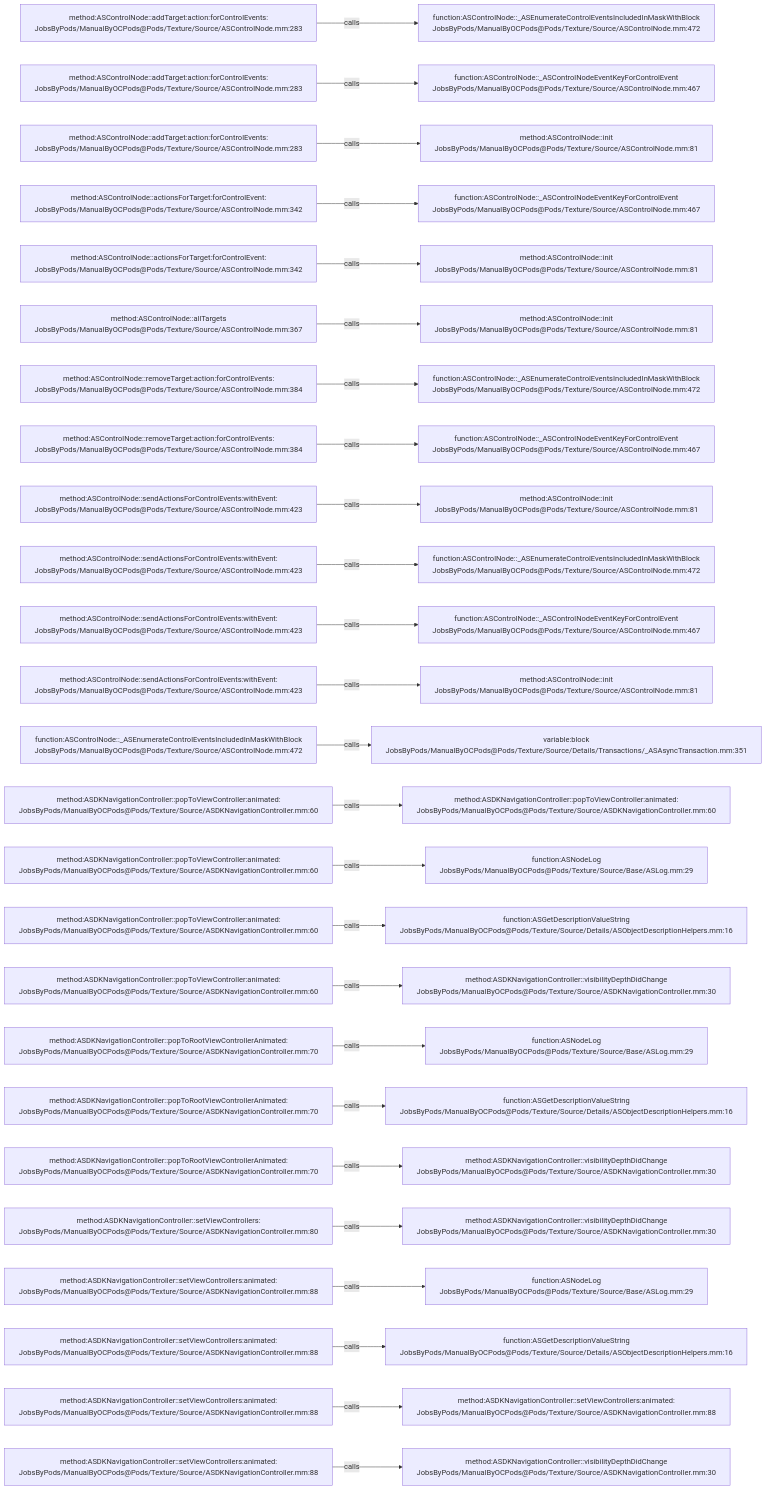
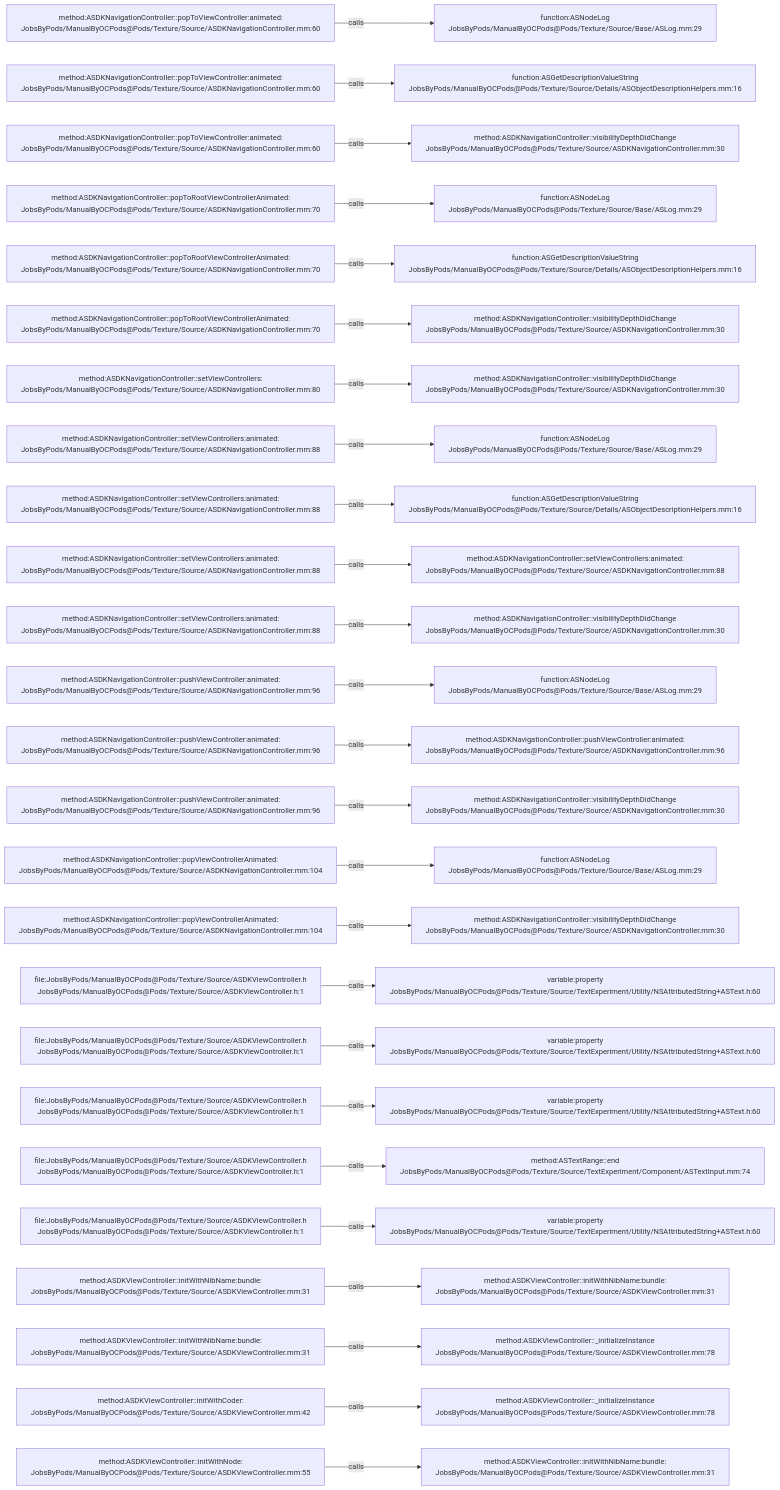
Before and after one commit to JobsKits/JobsOCBaseConfigDemo: the diagram in .codegraph/codegraph.md/graphs/calls-089.md, drawn with Mermaid. The commit also changed 296 other files, not shown here.

````diff
--- a/.codegraph/codegraph.md/graphs/calls-089.md
+++ b/.codegraph/codegraph.md/graphs/calls-089.md
@@ -13,78 +13,78 @@
 ```mermaid
 flowchart LR
-  S1["method:ASControlNode::addTarget:action:forControlEvents:<br/>JobsByPods/ManualByOCPods@Pods/Texture/Source/ASControlNode.mm:283"]
-  T1["function:ASControlNode::_ASEnumerateControlEventsIncludedInMaskWithBlock<br/>JobsByPods/ManualByOCPods@Pods/Texture/Source/ASControlNode.mm:472"]
+  S1["method:ASDKNavigationController::popToViewController:animated:<br/>JobsByPods/ManualByOCPods@Pods/Texture/Source/ASDKNavigationController.mm:60"]
+  T1["function:ASNodeLog<br/>JobsByPods/ManualByOCPods@Pods/Texture/Source/Base/ASLog.mm:29"]
   S1 -->|calls| T1
-  S2["method:ASControlNode::addTarget:action:forControlEvents:<br/>JobsByPods/ManualByOCPods@Pods/Texture/Source/ASControlNode.mm:283"]
-  T2["function:ASControlNode::_ASControlNodeEventKeyForControlEvent<br/>JobsByPods/ManualByOCPods@Pods/Texture/Source/ASControlNode.mm:467"]
+  S2["method:ASDKNavigationController::popToViewController:animated:<br/>JobsByPods/ManualByOCPods@Pods/Texture/Source/ASDKNavigationController.mm:60"]
+  T2["function:ASGetDescriptionValueString<br/>JobsByPods/ManualByOCPods@Pods/Texture/Source/Details/ASObjectDescriptionHelpers.mm:16"]
   S2 -->|calls| T2
-  S3["method:ASControlNode::addTarget:action:forControlEvents:<br/>JobsByPods/ManualByOCPods@Pods/Texture/Source/ASControlNode.mm:283"]
-  T3["method:ASControlNode::init<br/>JobsByPods/ManualByOCPods@Pods/Texture/Source/ASControlNode.mm:81"]
+  S3["method:ASDKNavigationController::popToViewController:animated:<br/>JobsByPods/ManualByOCPods@Pods/Texture/Source/ASDKNavigationController.mm:60"]
+  T3["method:ASDKNavigationController::visibilityDepthDidChange<br/>JobsByPods/ManualByOCPods@Pods/Texture/Source/ASDKNavigationController.mm:30"]
   S3 -->|calls| T3
-  S4["method:ASControlNode::actionsForTarget:forControlEvent:<br/>JobsByPods/ManualByOCPods@Pods/Texture/Source/ASControlNode.mm:342"]
-  T4["function:ASControlNode::_ASControlNodeEventKeyForControlEvent<br/>JobsByPods/ManualByOCPods@Pods/Texture/Source/ASControlNode.mm:467"]
+  S4["method:ASDKNavigationController::popToRootViewControllerAnimated:<br/>JobsByPods/ManualByOCPods@Pods/Texture/Source/ASDKNavigationController.mm:70"]
+  T4["function:ASNodeLog<br/>JobsByPods/ManualByOCPods@Pods/Texture/Source/Base/ASLog.mm:29"]
   S4 -->|calls| T4
-  S5["method:ASControlNode::actionsForTarget:forControlEvent:<br/>JobsByPods/ManualByOCPods@Pods/Texture/Source/ASControlNode.mm:342"]
-  T5["method:ASControlNode::init<br/>JobsByPods/ManualByOCPods@Pods/Texture/Source/ASControlNode.mm:81"]
+  S5["method:ASDKNavigationController::popToRootViewControllerAnimated:<br/>JobsByPods/ManualByOCPods@Pods/Texture/Source/ASDKNavigationController.mm:70"]
+  T5["function:ASGetDescriptionValueString<br/>JobsByPods/ManualByOCPods@Pods/Texture/Source/Details/ASObjectDescriptionHelpers.mm:16"]
   S5 -->|calls| T5
-  S6["method:ASControlNode::allTargets<br/>JobsByPods/ManualByOCPods@Pods/Texture/Source/ASControlNode.mm:367"]
-  T6["method:ASControlNode::init<br/>JobsByPods/ManualByOCPods@Pods/Texture/Source/ASControlNode.mm:81"]
+  S6["method:ASDKNavigationController::popToRootViewControllerAnimated:<br/>JobsByPods/ManualByOCPods@Pods/Texture/Source/ASDKNavigationController.mm:70"]
+  T6["method:ASDKNavigationController::visibilityDepthDidChange<br/>JobsByPods/ManualByOCPods@Pods/Texture/Source/ASDKNavigationController.mm:30"]
   S6 -->|calls| T6
-  S7["method:ASControlNode::removeTarget:action:forControlEvents:<br/>JobsByPods/ManualByOCPods@Pods/Texture/Source/ASControlNode.mm:384"]
-  T7["function:ASControlNode::_ASEnumerateControlEventsIncludedInMaskWithBlock<br/>JobsByPods/ManualByOCPods@Pods/Texture/Source/ASControlNode.mm:472"]
+  S7["method:ASDKNavigationController::setViewControllers:<br/>JobsByPods/ManualByOCPods@Pods/Texture/Source/ASDKNavigationController.mm:80"]
+  T7["method:ASDKNavigationController::visibilityDepthDidChange<br/>JobsByPods/ManualByOCPods@Pods/Texture/Source/ASDKNavigationController.mm:30"]
   S7 -->|calls| T7
-  S8["method:ASControlNode::removeTarget:action:forControlEvents:<br/>JobsByPods/ManualByOCPods@Pods/Texture/Source/ASControlNode.mm:384"]
-  T8["function:ASControlNode::_ASControlNodeEventKeyForControlEvent<br/>JobsByPods/ManualByOCPods@Pods/Texture/Source/ASControlNode.mm:467"]
+  S8["method:ASDKNavigationController::setViewControllers:animated:<br/>JobsByPods/ManualByOCPods@Pods/Texture/Source/ASDKNavigationController.mm:88"]
+  T8["function:ASNodeLog<br/>JobsByPods/ManualByOCPods@Pods/Texture/Source/Base/ASLog.mm:29"]
   S8 -->|calls| T8
-  S9["method:ASControlNode::sendActionsForControlEvents:withEvent:<br/>JobsByPods/ManualByOCPods@Pods/Texture/Source/ASControlNode.mm:423"]
-  T9["method:ASControlNode::init<br/>JobsByPods/ManualByOCPods@Pods/Texture/Source/ASControlNode.mm:81"]
+  S9["method:ASDKNavigationController::setViewControllers:animated:<br/>JobsByPods/ManualByOCPods@Pods/Texture/Source/ASDKNavigationController.mm:88"]
+  T9["function:ASGetDescriptionValueString<br/>JobsByPods/ManualByOCPods@Pods/Texture/Source/Details/ASObjectDescriptionHelpers.mm:16"]
   S9 -->|calls| T9
-  S10["method:ASControlNode::sendActionsForControlEvents:withEvent:<br/>JobsByPods/ManualByOCPods@Pods/Texture/Source/ASControlNode.mm:423"]
-  T10["function:ASControlNode::_ASEnumerateControlEventsIncludedInMaskWithBlock<br/>JobsByPods/ManualByOCPods@Pods/Texture/Source/ASControlNode.mm:472"]
+  S10["method:ASDKNavigationController::setViewControllers:animated:<br/>JobsByPods/ManualByOCPods@Pods/Texture/Source/ASDKNavigationController.mm:88"]
+  T10["method:ASDKNavigationController::setViewControllers:animated:<br/>JobsByPods/ManualByOCPods@Pods/Texture/Source/ASDKNavigationController.mm:88"]
   S10 -->|calls| T10
-  S11["method:ASControlNode::sendActionsForControlEvents:withEvent:<br/>JobsByPods/ManualByOCPods@Pods/Texture/Source/ASControlNode.mm:423"]
-  T11["function:ASControlNode::_ASControlNodeEventKeyForControlEvent<br/>JobsByPods/ManualByOCPods@Pods/Texture/Source/ASControlNode.mm:467"]
+  S11["method:ASDKNavigationController::setViewControllers:animated:<br/>JobsByPods/ManualByOCPods@Pods/Texture/Source/ASDKNavigationController.mm:88"]
+  T11["method:ASDKNavigationController::visibilityDepthDidChange<br/>JobsByPods/ManualByOCPods@Pods/Texture/Source/ASDKNavigationController.mm:30"]
   S11 -->|calls| T11
-  S12["method:ASControlNode::sendActionsForControlEvents:withEvent:<br/>JobsByPods/ManualByOCPods@Pods/Texture/Source/ASControlNode.mm:423"]
-  T12["method:ASControlNode::init<br/>JobsByPods/ManualByOCPods@Pods/Texture/Source/ASControlNode.mm:81"]
+  S12["method:ASDKNavigationController::pushViewController:animated:<br/>JobsByPods/ManualByOCPods@Pods/Texture/Source/ASDKNavigationController.mm:96"]
+  T12["function:ASNodeLog<br/>JobsByPods/ManualByOCPods@Pods/Texture/Source/Base/ASLog.mm:29"]
   S12 -->|calls| T12
-  S13["function:ASControlNode::_ASEnumerateControlEventsIncludedInMaskWithBlock<br/>JobsByPods/ManualByOCPods@Pods/Texture/Source/ASControlNode.mm:472"]
-  T13["variable:block<br/>JobsByPods/ManualByOCPods@Pods/Texture/Source/Details/Transactions/_ASAsyncTransaction.mm:351"]
+  S13["method:ASDKNavigationController::pushViewController:animated:<br/>JobsByPods/ManualByOCPods@Pods/Texture/Source/ASDKNavigationController.mm:96"]
+  T13["method:ASDKNavigationController::pushViewController:animated:<br/>JobsByPods/ManualByOCPods@Pods/Texture/Source/ASDKNavigationController.mm:96"]
   S13 -->|calls| T13
-  S14["method:ASDKNavigationController::popToViewController:animated:<br/>JobsByPods/ManualByOCPods@Pods/Texture/Source/ASDKNavigationController.mm:60"]
-  T14["method:ASDKNavigationController::popToViewController:animated:<br/>JobsByPods/ManualByOCPods@Pods/Texture/Source/ASDKNavigationController.mm:60"]
+  S14["method:ASDKNavigationController::pushViewController:animated:<br/>JobsByPods/ManualByOCPods@Pods/Texture/Source/ASDKNavigationController.mm:96"]
+  T14["method:ASDKNavigationController::visibilityDepthDidChange<br/>JobsByPods/ManualByOCPods@Pods/Texture/Source/ASDKNavigationController.mm:30"]
   S14 -->|calls| T14
-  S15["method:ASDKNavigationController::popToViewController:animated:<br/>JobsByPods/ManualByOCPods@Pods/Texture/Source/ASDKNavigationController.mm:60"]
+  S15["method:ASDKNavigationController::popViewControllerAnimated:<br/>JobsByPods/ManualByOCPods@Pods/Texture/Source/ASDKNavigationController.mm:104"]
   T15["function:ASNodeLog<br/>JobsByPods/ManualByOCPods@Pods/Texture/Source/Base/ASLog.mm:29"]
   S15 -->|calls| T15
-  S16["method:ASDKNavigationController::popToViewController:animated:<br/>JobsByPods/ManualByOCPods@Pods/Texture/Source/ASDKNavigationController.mm:60"]
-  T16["function:ASGetDescriptionValueString<br/>JobsByPods/ManualByOCPods@Pods/Texture/Source/Details/ASObjectDescriptionHelpers.mm:16"]
+  S16["method:ASDKNavigationController::popViewControllerAnimated:<br/>JobsByPods/ManualByOCPods@Pods/Texture/Source/ASDKNavigationController.mm:104"]
+  T16["method:ASDKNavigationController::visibilityDepthDidChange<br/>JobsByPods/ManualByOCPods@Pods/Texture/Source/ASDKNavigationController.mm:30"]
   S16 -->|calls| T16
-  S17["method:ASDKNavigationController::popToViewController:animated:<br/>JobsByPods/ManualByOCPods@Pods/Texture/Source/ASDKNavigationController.mm:60"]
-  T17["method:ASDKNavigationController::visibilityDepthDidChange<br/>JobsByPods/ManualByOCPods@Pods/Texture/Source/ASDKNavigationController.mm:30"]
+  S17["file:JobsByPods/ManualByOCPods@Pods/Texture/Source/ASDKViewController.h<br/>JobsByPods/ManualByOCPods@Pods/Texture/Source/ASDKViewController.h:1"]
+  T17["variable:property<br/>JobsByPods/ManualByOCPods@Pods/Texture/Source/TextExperiment/Utility/NSAttributedString+ASText.h:60"]
   S17 -->|calls| T17
-  S18["method:ASDKNavigationController::popToRootViewControllerAnimated:<br/>JobsByPods/ManualByOCPods@Pods/Texture/Source/ASDKNavigationController.mm:70"]
-  T18["function:ASNodeLog<br/>JobsByPods/ManualByOCPods@Pods/Texture/Source/Base/ASLog.mm:29"]
+  S18["file:JobsByPods/ManualByOCPods@Pods/Texture/Source/ASDKViewController.h<br/>JobsByPods/ManualByOCPods@Pods/Texture/Source/ASDKViewController.h:1"]
+  T18["variable:property<br/>JobsByPods/ManualByOCPods@Pods/Texture/Source/TextExperiment/Utility/NSAttributedString+ASText.h:60"]
   S18 -->|calls| T18
-  S19["method:ASDKNavigationController::popToRootViewControllerAnimated:<br/>JobsByPods/ManualByOCPods@Pods/Texture/Source/ASDKNavigationController.mm:70"]
-  T19["function:ASGetDescriptionValueString<br/>JobsByPods/ManualByOCPods@Pods/Texture/Source/Details/ASObjectDescriptionHelpers.mm:16"]
+  S19["file:JobsByPods/ManualByOCPods@Pods/Texture/Source/ASDKViewController.h<br/>JobsByPods/ManualByOCPods@Pods/Texture/Source/ASDKViewController.h:1"]
+  T19["variable:property<br/>JobsByPods/ManualByOCPods@Pods/Texture/Source/TextExperiment/Utility/NSAttributedString+ASText.h:60"]
   S19 -->|calls| T19
-  S20["method:ASDKNavigationController::popToRootViewControllerAnimated:<br/>JobsByPods/ManualByOCPods@Pods/Texture/Source/ASDKNavigationController.mm:70"]
-  T20["method:ASDKNavigationController::visibilityDepthDidChange<br/>JobsByPods/ManualByOCPods@Pods/Texture/Source/ASDKNavigationController.mm:30"]
+  S20["file:JobsByPods/ManualByOCPods@Pods/Texture/Source/ASDKViewController.h<br/>JobsByPods/ManualByOCPods@Pods/Texture/Source/ASDKViewController.h:1"]
+  T20["method:ASTextRange::end<br/>JobsByPods/ManualByOCPods@Pods/Texture/Source/TextExperiment/Component/ASTextInput.mm:74"]
   S20 -->|calls| T20
-  S21["method:ASDKNavigationController::setViewControllers:<br/>JobsByPods/ManualByOCPods@Pods/Texture/Source/ASDKNavigationController.mm:80"]
-  T21["method:ASDKNavigationController::visibilityDepthDidChange<br/>JobsByPods/ManualByOCPods@Pods/Texture/Source/ASDKNavigationController.mm:30"]
+  S21["file:JobsByPods/ManualByOCPods@Pods/Texture/Source/ASDKViewController.h<br/>JobsByPods/ManualByOCPods@Pods/Texture/Source/ASDKViewController.h:1"]
+  T21["variable:property<br/>JobsByPods/ManualByOCPods@Pods/Texture/Source/TextExperiment/Utility/NSAttributedString+ASText.h:60"]
   S21 -->|calls| T21
-  S22["method:ASDKNavigationController::setViewControllers:animated:<br/>JobsByPods/ManualByOCPods@Pods/Texture/Source/ASDKNavigationController.mm:88"]
-  T22["function:ASNodeLog<br/>JobsByPods/ManualByOCPods@Pods/Texture/Source/Base/ASLog.mm:29"]
+  S22["method:ASDKViewController::initWithNibName:bundle:<br/>JobsByPods/ManualByOCPods@Pods/Texture/Source/ASDKViewController.mm:31"]
+  T22["method:ASDKViewController::initWithNibName:bundle:<br/>JobsByPods/ManualByOCPods@Pods/Texture/Source/ASDKViewController.mm:31"]
   S22 -->|calls| T22
-  S23["method:ASDKNavigationController::setViewControllers:animated:<br/>JobsByPods/ManualByOCPods@Pods/Texture/Source/ASDKNavigationController.mm:88"]
-  T23["function:ASGetDescriptionValueString<br/>JobsByPods/ManualByOCPods@Pods/Texture/Source/Details/ASObjectDescriptionHelpers.mm:16"]
+  S23["method:ASDKViewController::initWithNibName:bundle:<br/>JobsByPods/ManualByOCPods@Pods/Texture/Source/ASDKViewController.mm:31"]
+  T23["method:ASDKViewController::_initializeInstance<br/>JobsByPods/ManualByOCPods@Pods/Texture/Source/ASDKViewController.mm:78"]
   S23 -->|calls| T23
-  S24["method:ASDKNavigationController::setViewControllers:animated:<br/>JobsByPods/ManualByOCPods@Pods/Texture/Source/ASDKNavigationController.mm:88"]
-  T24["method:ASDKNavigationController::setViewControllers:animated:<br/>JobsByPods/ManualByOCPods@Pods/Texture/Source/ASDKNavigationController.mm:88"]
+  S24["method:ASDKViewController::initWithCoder:<br/>JobsByPods/ManualByOCPods@Pods/Texture/Source/ASDKViewController.mm:42"]
+  T24["method:ASDKViewController::_initializeInstance<br/>JobsByPods/ManualByOCPods@Pods/Texture/Source/ASDKViewController.mm:78"]
   S24 -->|calls| T24
-  S25["method:ASDKNavigationController::setViewControllers:animated:<br/>JobsByPods/ManualByOCPods@Pods/Texture/Source/ASDKNavigationController.mm:88"]
-  T25["method:ASDKNavigationController::visibilityDepthDidChange<br/>JobsByPods/ManualByOCPods@Pods/Texture/Source/ASDKNavigationController.mm:30"]
+  S25["method:ASDKViewController::initWithNode:<br/>JobsByPods/ManualByOCPods@Pods/Texture/Source/ASDKViewController.mm:55"]
+  T25["method:ASDKViewController::initWithNibName:bundle:<br/>JobsByPods/ManualByOCPods@Pods/Texture/Source/ASDKViewController.mm:31"]
   S25 -->|calls| T25
 ```
````
